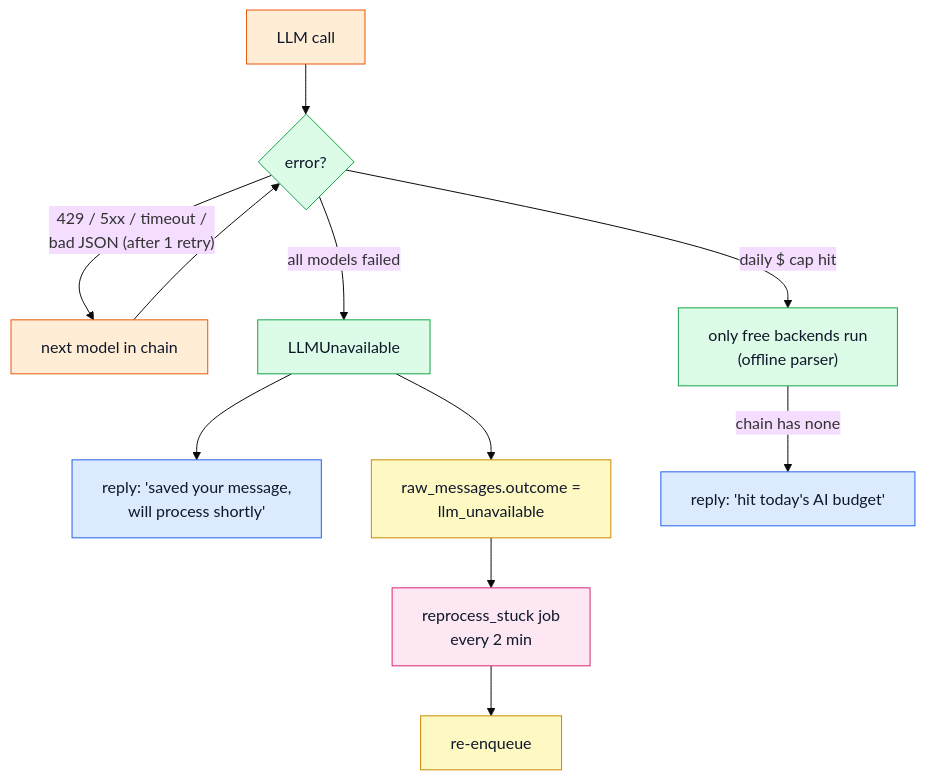
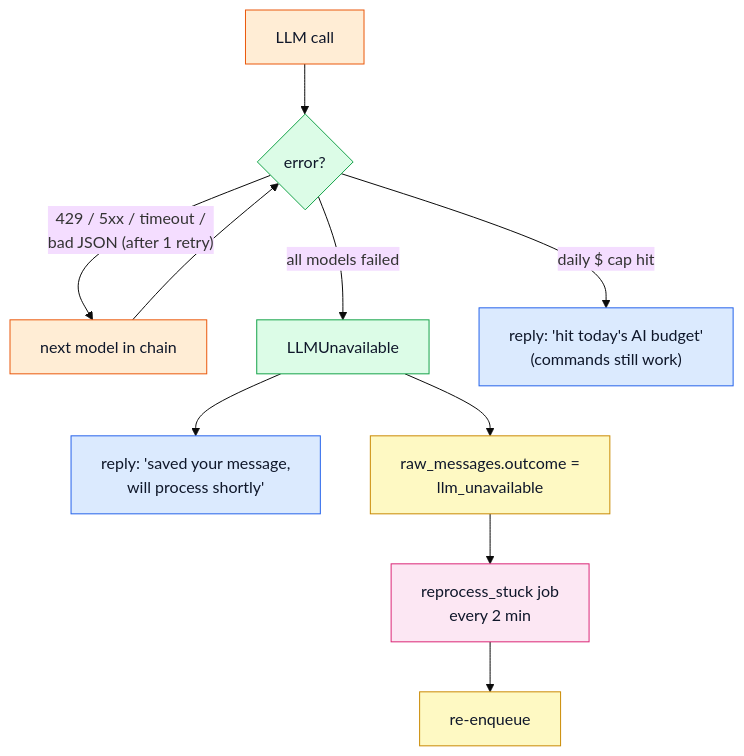
The fourth of 4 diagrams in docs/02-message-lifecycle.md (ShishirRijal/PocketAI), drawn with Mermaid (base theme) before and after one commit. The commit also changed other lines of this file and 9 other files, not shown here.

Commit message:
docs: openai-first routing, no offline parser, stub llm only in tests

````diff
--- a/docs/02-message-lifecycle.md
+++ b/docs/02-message-lifecycle.md
@@ -163,19 +163,18 @@
 ```mermaid
 flowchart TD
   S["LLM call"]:::ai --> E{"error?"}:::core
   E -- "429 / 5xx / timeout /<br/>bad JSON (after 1 retry)" --> N["next model in chain"]:::ai
   N --> E
   E -- "all models failed" --> U["LLMUnavailable"]:::core
   U --> K["reply: 'saved your message,<br/>will process shortly'"]:::user
   U --> M["raw_messages.outcome =<br/>llm_unavailable"]:::store
   M --> J["reprocess_stuck job<br/>every 2 min"]:::job
   J --> Q["re-enqueue"]:::store
-  E -- "daily $ cap hit" --> C["only free backends run<br/>(offline parser)"]:::core
-  C -- "chain has none" --> CC["reply: 'hit today's AI budget'"]:::user
+  E -- "daily $ cap hit" --> CC["reply: 'hit today's AI budget'<br/>(commands still work)"]:::user
 
   classDef user fill:#dbeafe,stroke:#2563eb,color:#0f172a
   classDef core fill:#dcfce7,stroke:#16a34a,color:#0f172a
   classDef ai fill:#ffedd5,stroke:#ea580c,color:#0f172a
   classDef store fill:#fef9c3,stroke:#ca8a04,color:#0f172a
   classDef job fill:#fce7f3,stroke:#db2777,color:#0f172a
 ```
````
